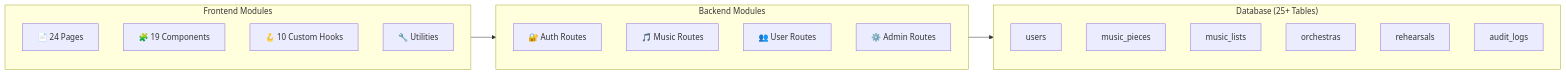
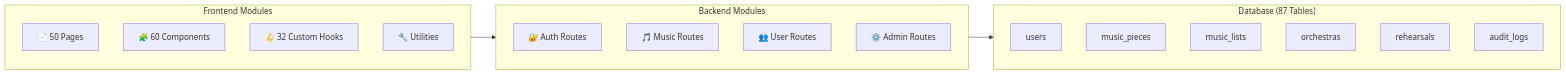
The second of 2 diagrams in README.md (ruudsl/tutti), drawn with Mermaid before and after one commit. The commit also changed other lines of this file and 1 other file, not shown here.

First line of the commit message:
docs: update architecture diagram counts

````diff
--- a/README.md
+++ b/README.md
@@ -95,28 +95,28 @@
 ```mermaid
 flowchart LR
     subgraph FE["Frontend Modules"]
-        Pages["📄 24 Pages"]
-        Components["🧩 19 Components"]
-        Hooks["🪝 10 Custom Hooks"]
+        Pages["📄 50 Pages"]
+        Components["🧩 60 Components"]
+        Hooks["🪝 32 Custom Hooks"]
         Utils["🔧 Utilities"]
     end
 
     subgraph BE["Backend Modules"]
         AuthRoutes["🔐 Auth Routes"]
         MusicRoutes["🎵 Music Routes"]
         UserRoutes["👥 User Routes"]
         AdminRoutes["⚙️ Admin Routes"]
     end
 
-    subgraph DB["Database (25+ Tables)"]
+    subgraph DB["Database (87 Tables)"]
         Users["users"]
         Music["music_pieces"]
         Lists["music_lists"]
         Orchestras["orchestras"]
         Rehearsals["rehearsals"]
         AuditLogs["audit_logs"]
     end
 
     FE --> BE
     BE --> DB
 ```
````
